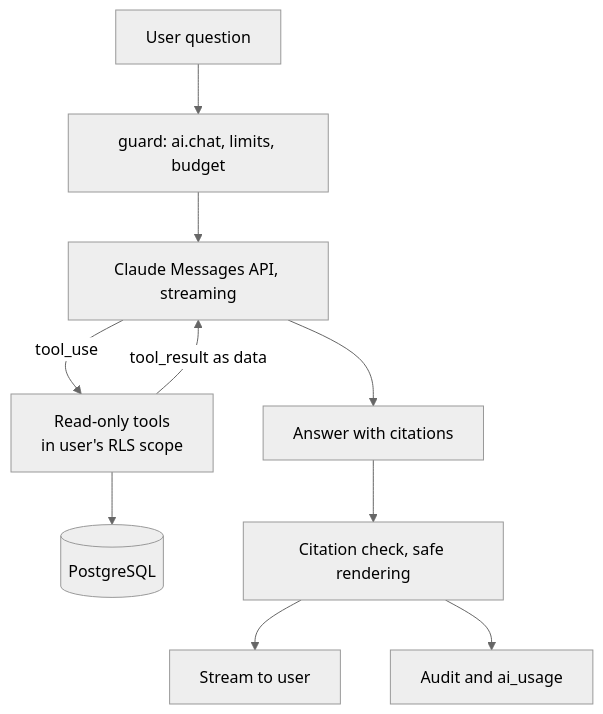
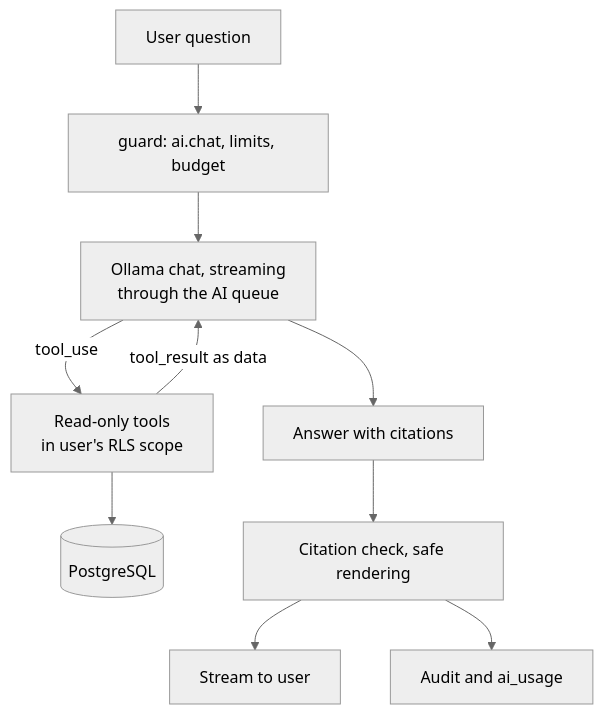
The sixth of 6 diagrams in Architectural.md (andreispDev/ai-powered-inventory-system), drawn with Mermaid (neutral theme) before and after one commit. The commit also changed other lines of this file and 3 other files, not shown here.

````diff
--- a/Architectural.md
+++ b/Architectural.md
@@ -372,12 +371,12 @@
 ```mermaid
 flowchart TB
   Q[User question] --> G[guard: ai.chat, limits, budget]
-  G --> M[Claude Messages API, streaming]
+  G --> M[Ollama chat, streaming<br/>through the AI queue]
   M -->|tool_use| T[Read-only tools<br/>in user's RLS scope]
   T --> DB[(PostgreSQL)]
   T -->|tool_result as data| M
   M --> A[Answer with citations]
   A --> V[Citation check, safe rendering]
   V --> U[Stream to user]
   V --> L[Audit and ai_usage]
 ```
````
